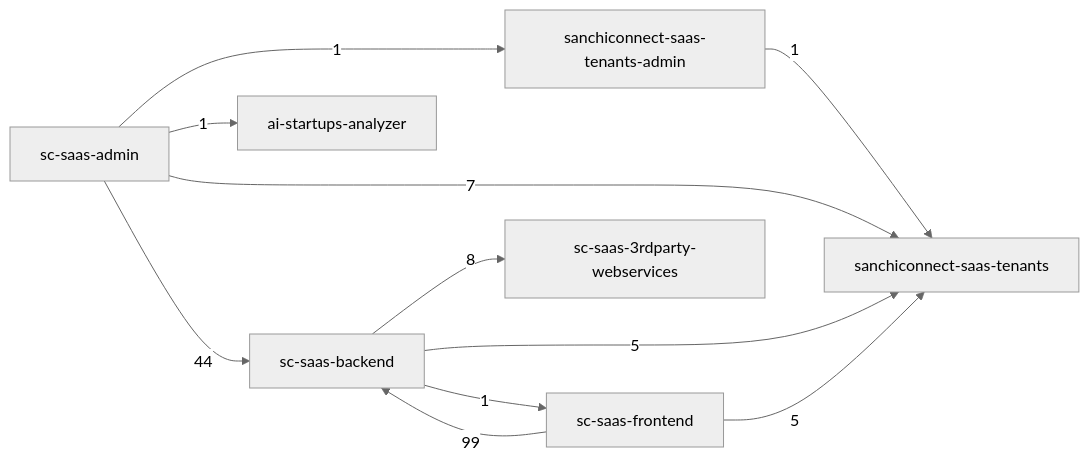
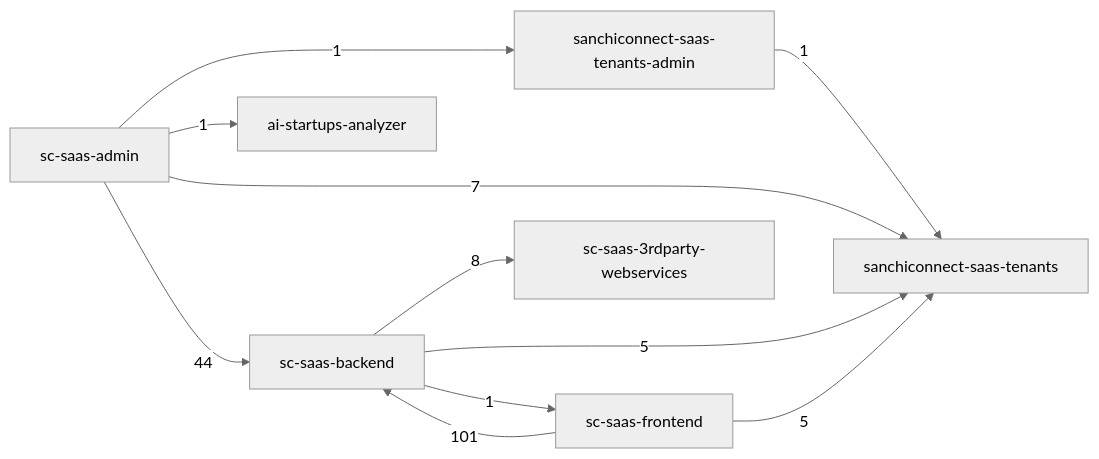
One commit to sanchiconnect-org/sc-saas-ai-native changed the diagram in docs/MODULE-MAP.md. Above: the diagram before and after it, drawn with Mermaid (neutral theme). The commit also changed other lines of this file, not shown here.

````diff
--- a/docs/MODULE-MAP.md
+++ b/docs/MODULE-MAP.md
@@ -23,20 +23,20 @@
 ```mermaid
 graph LR
     tenants["sanchiconnect-saas-tenants"]
     backend["sc-saas-backend"]
     frontend["sc-saas-frontend"]
     admin["sc-saas-admin"]
     tenants_admin["sanchiconnect-saas-tenants-admin"]
     analyzer["ai-startups-analyzer"]
     webservices["sc-saas-3rdparty-webservices"]
     tenants_admin -->|1| tenants
     admin -->|1| analyzer
     admin -->|7| tenants
     admin -->|1| tenants_admin
     admin -->|44| backend
     backend -->|5| tenants
     backend -->|8| webservices
     backend -->|1| frontend
     frontend -->|5| tenants
-    frontend -->|99| backend
+    frontend -->|101| backend
 ```
````
